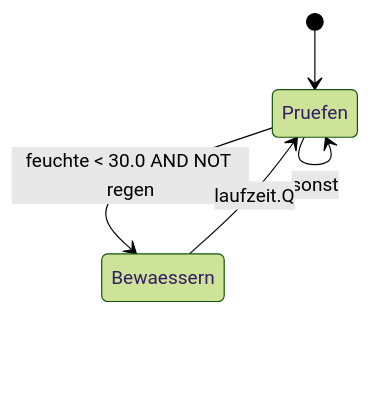
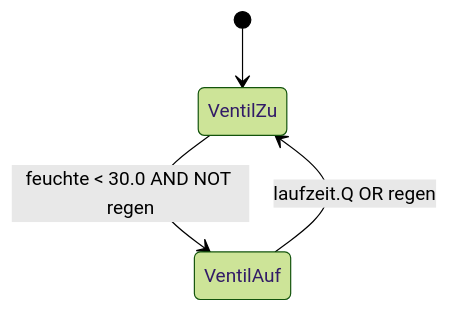
One commit to Beerlesklopfer/forgeiec-website changed the diagram in content/de/plattform/forge-studio.md. Above: the diagram before and after it, drawn with Mermaid (forest theme). The commit also changed 3 other files, not shown here.

First line of the commit message:
studio docs: 2x2 cards on the home page, clearer example diagram

````diff
--- a/content/de/plattform/forge-studio.md
+++ b/content/de/plattform/forge-studio.md
@@ -54,7 +54,6 @@
 ```mermaid
 stateDiagram-v2
-    [*] --> Pruefen
-    Pruefen --> Bewaessern: feuchte < 30.0 AND NOT regen
-    Pruefen --> Pruefen: sonst
-    Bewaessern --> Pruefen: laufzeit.Q
+    [*] --> VentilZu
+    VentilZu --> VentilAuf: feuchte < 30.0 AND NOT regen
+    VentilAuf --> VentilZu: laufzeit.Q OR regen
 ```
````
